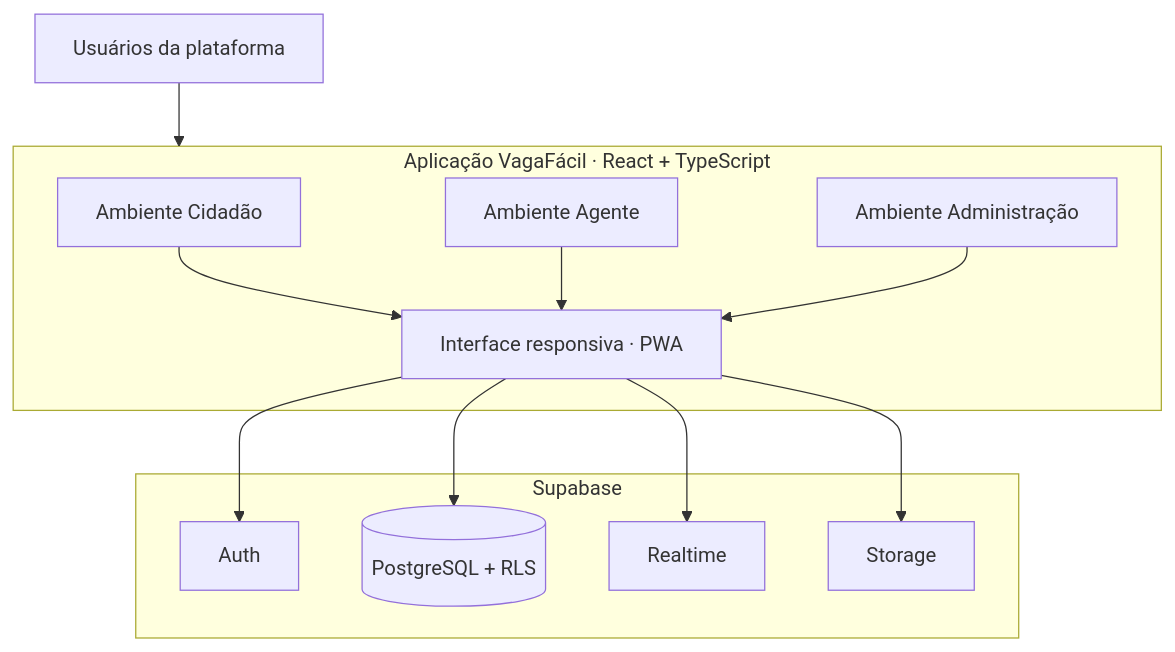
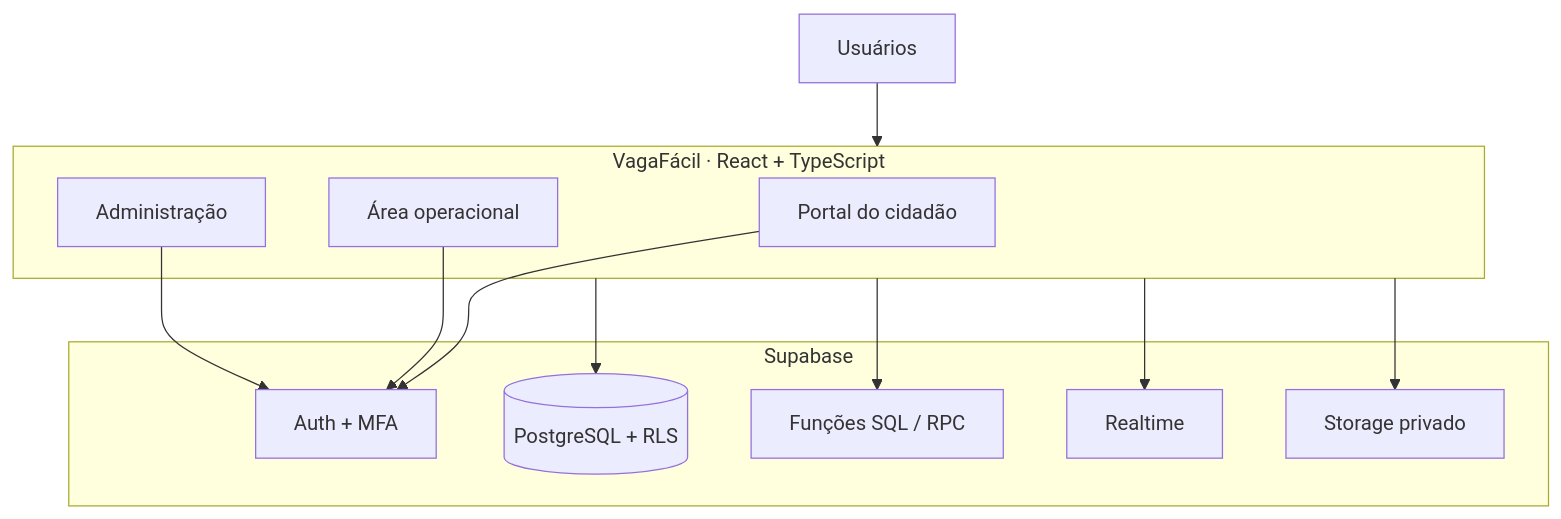
Before and after one commit to DevKove/VagaFacil: the diagram in README.md, drawn with Mermaid. The commit also changed other lines of this file, not shown here.

Commit message:
docs(readme): atualizar documentação do VagaFácil

````diff
--- a/README.md
+++ b/README.md
@@ -59,24 +109,24 @@
 ```mermaid
 flowchart TB
-    U[Usuários da plataforma]
-    subgraph APP["Aplicação VagaFácil · React + TypeScript"]
-      C[Ambiente Cidadão]
-      A[Ambiente Agente]
-      G[Ambiente Administração]
-      UI[Interface responsiva · PWA]
-      C --> UI
-      A --> UI
-      G --> UI
-    end
-    subgraph SB["Supabase"]
-      AUTH[Auth]
-      DB[(PostgreSQL + RLS)]
-      RT[Realtime]
-      ST[Storage]
-    end
-    U --> APP
-    UI --> AUTH
-    UI --> DB
-    UI --> RT
-    UI --> ST
+  U[Usuários]
+  subgraph WEB["VagaFácil · React + TypeScript"]
+    C[Portal do cidadão]
+    O[Área operacional]
+    A[Administração]
+  end
+  subgraph SB["Supabase"]
+    AUTH[Auth + MFA]
+    DB[(PostgreSQL + RLS)]
+    RPC[Funções SQL / RPC]
+    RT[Realtime]
+    ST[Storage privado]
+  end
+  U --> WEB
+  C --> AUTH
+  O --> AUTH
+  A --> AUTH
+  WEB --> DB
+  WEB --> RPC
+  WEB --> RT
+  WEB --> ST
 ```
````
